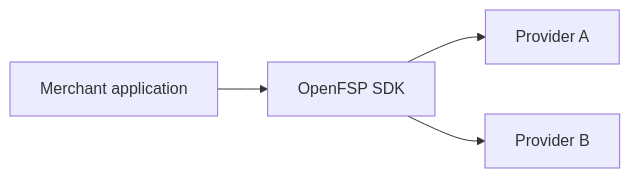
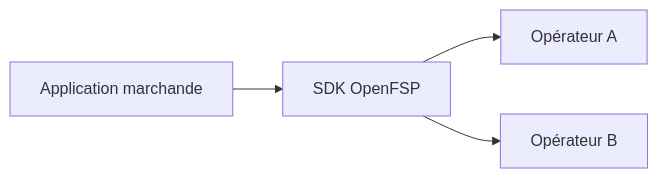
The diagram in content/docs/index.mdx (openfspht/openfsp.org), drawn with Mermaid before and after one commit. The commit also changed other lines of this file and 64 other files, not shown here.

````diff
--- a/content/docs/index.mdx
+++ b/content/docs/index.mdx
@@ -10,6 +10,6 @@
 ```mermaid
 flowchart LR
-    A["Merchant application"] --> S["OpenFSP SDK"]
-    S --> P1["Provider A"]
-    S --> P2["Provider B"]
+    A["Application marchande"] --> S["SDK OpenFSP"]
+    S --> P1["Opérateur A"]
+    S --> P2["Opérateur B"]
 ```
````
